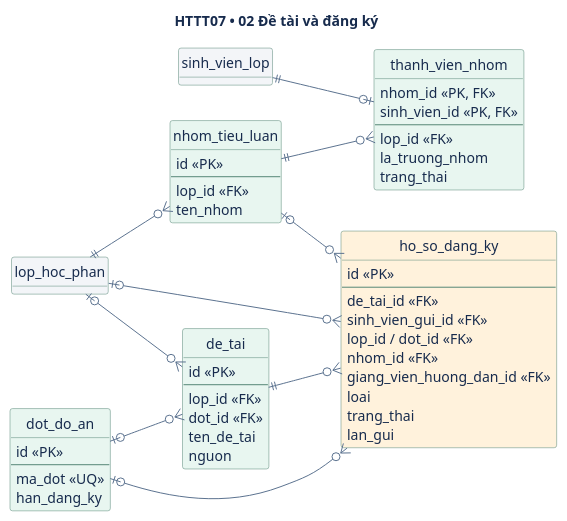
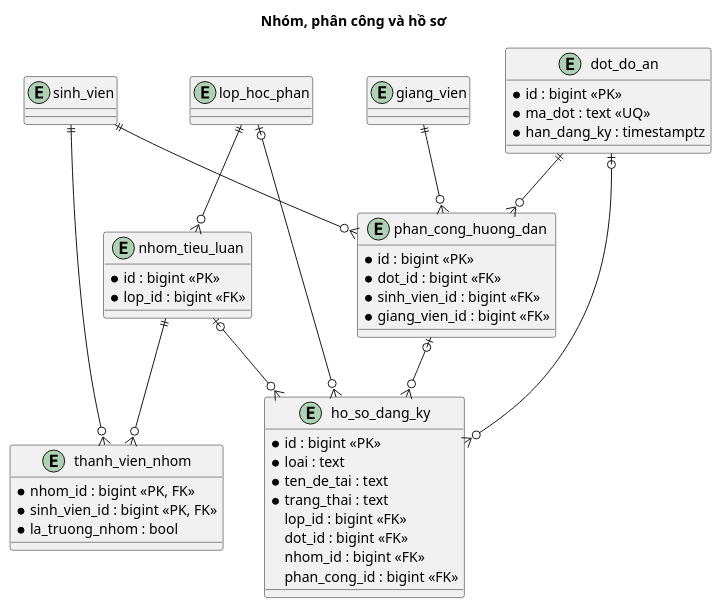
The second of 3 diagrams in 04-thiet-ke-co-so-du-lieu.md (lam-vu6868/HTQL_TieuLuan_DoAN), drawn with PlantUML before and after one commit. The commit also changed other lines of this file and 40 other files, not shown here.

````diff
--- a/04-thiet-ke-co-so-du-lieu.md
+++ b/04-thiet-ke-co-so-du-lieu.md
@@ -82,65 +70,48 @@
 ```plantuml
 @startuml
-title HTTT07 • 02 Đề tài và đăng ký
-left to right direction
-skinparam shadowing false
-skinparam defaultFontName SansSerif
-skinparam defaultFontColor #172B4D
-skinparam classBackgroundColor #E8F6F0
-skinparam classBorderColor #568776
-skinparam arrowColor #5C7390
-hide circle
-hide methods
-entity lop_hoc_phan #F3F5F8
-entity sinh_vien_lop #F3F5F8
+title Nhóm, phân công và hồ sơ
+entity lop_hoc_phan
+entity sinh_vien
+entity giang_vien
 entity dot_do_an {
-  id <<PK>>
-  --
-  ma_dot <<UQ>>
-  han_dang_ky
+  * id : bigint <<PK>>
+  * ma_dot : text <<UQ>>
+  * han_dang_ky : timestamptz
+}
+entity phan_cong_huong_dan {
+  * id : bigint <<PK>>
+  * dot_id : bigint <<FK>>
+  * sinh_vien_id : bigint <<FK>>
+  * giang_vien_id : bigint <<FK>>
 }
 entity nhom_tieu_luan {
-  id <<PK>>
-  --
-  lop_id <<FK>>
-  ten_nhom
+  * id : bigint <<PK>>
+  * lop_id : bigint <<FK>>
 }
 entity thanh_vien_nhom {
-  nhom_id <<PK, FK>>
-  sinh_vien_id <<PK, FK>>
-  --
-  lop_id <<FK>>
-  la_truong_nhom
-  trang_thai
+  * nhom_id : bigint <<PK, FK>>
+  * sinh_vien_id : bigint <<PK, FK>>
+  * la_truong_nhom : bool
 }
-entity de_tai {
-  id <<PK>>
-  --
-  lop_id <<FK>>
-  dot_id <<FK>>
-  ten_de_tai
-  nguon
+entity ho_so_dang_ky {
+  * id : bigint <<PK>>
+  * loai : text
+  * ten_de_tai : text
+  * trang_thai : text
+  lop_id : bigint <<FK>>
+  dot_id : bigint <<FK>>
+  nhom_id : bigint <<FK>>
+  phan_cong_id : bigint <<FK>>
 }
-entity ho_so_dang_ky #FFF2DC {
-  id <<PK>>
-  --
-  de_tai_id <<FK>>
-  sinh_vien_gui_id <<FK>>
-  lop_id / dot_id <<FK>>
-  nhom_id <<FK>>
-  giang_vien_huong_dan_id <<FK>>
-  loai
-  trang_thai
-  lan_gui
-}
+dot_do_an ||--o{ phan_cong_huong_dan
+sinh_vien ||--o{ phan_cong_huong_dan
+giang_vien ||--o{ phan_cong_huong_dan
 lop_hoc_phan ||--o{ nhom_tieu_luan
 nhom_tieu_luan ||--o{ thanh_vien_nhom
-sinh_vien_lop ||--o| thanh_vien_nhom
-lop_hoc_phan |o--o{ de_tai
-dot_do_an |o--o{ de_tai
-de_tai ||--o{ ho_so_dang_ky
+sinh_vien ||--o{ thanh_vien_nhom
 lop_hoc_phan |o--o{ ho_so_dang_ky
 dot_do_an |o--o{ ho_so_dang_ky
 nhom_tieu_luan |o--o{ ho_so_dang_ky
+phan_cong_huong_dan |o--o{ ho_so_dang_ky
 @enduml
 ```
````
